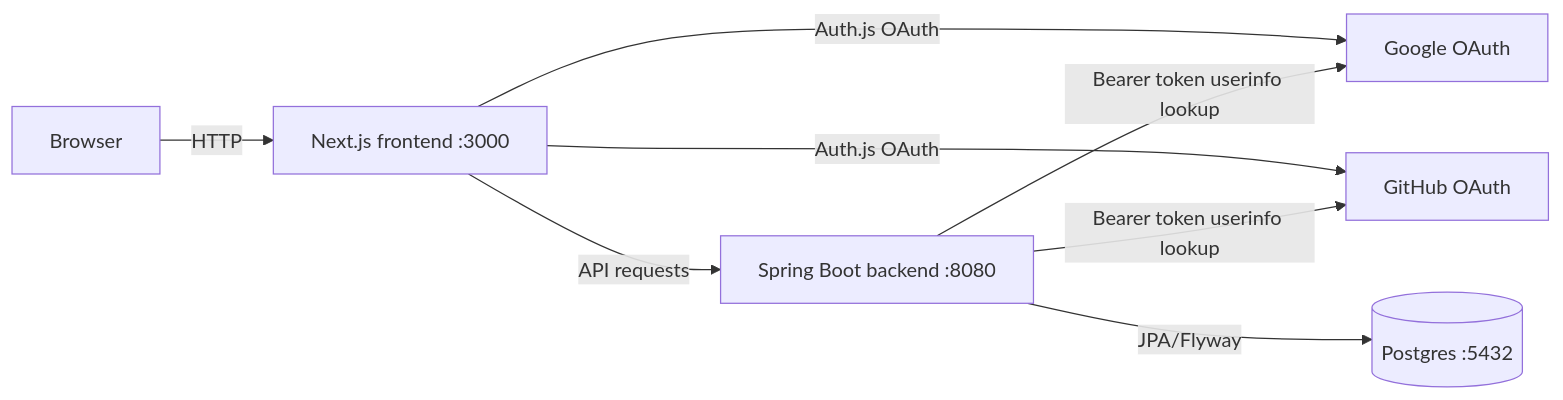
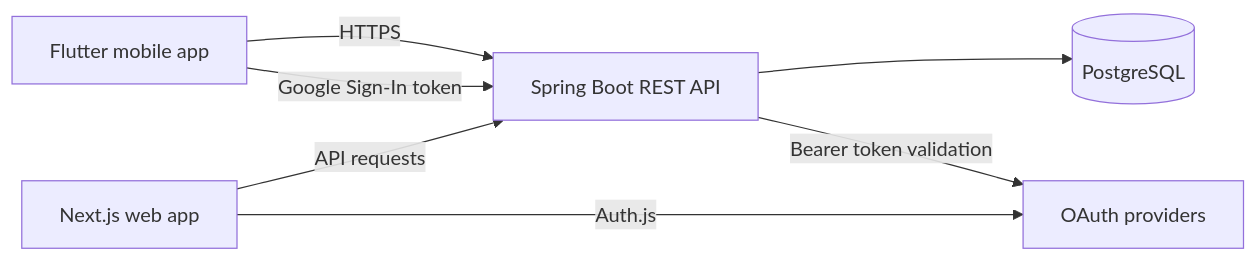
Before and after one commit to VencentDev/dapyo: the diagram in README.md, drawn with Mermaid. The commit also changed other lines of this file and 1 other file, not shown here.

Commit message:
Update CI configuration and enhance README for Hiking Social App

````diff
--- a/README.md
+++ b/README.md
@@ -25,10 +112,15 @@
 ```mermaid
 flowchart LR
-  Browser -->|HTTP| Next[Next.js frontend :3000]
-  Next -->|API requests| Spring[Spring Boot backend :8080]
-  Next -->|Auth.js OAuth| Google[Google OAuth]
-  Next -->|Auth.js OAuth| GitHub[GitHub OAuth]
-  Spring -->|Bearer token userinfo lookup| Google
-  Spring -->|Bearer token userinfo lookup| GitHub
-  Spring -->|JPA/Flyway| Postgres[(Postgres :5432)]
+  Mobile[Flutter mobile app]
+  Browser[Next.js web app]
+  API[Spring Boot REST API]
+  DB[(PostgreSQL)]
+  Auth[OAuth providers]
+
+  Mobile -->|HTTPS| API
+  Browser -->|API requests| API
+  Browser -->|Auth.js| Auth
+  Mobile -->|Google Sign-In token| API
+  API --> DB
+  API -->|Bearer token validation| Auth
 ```
````
